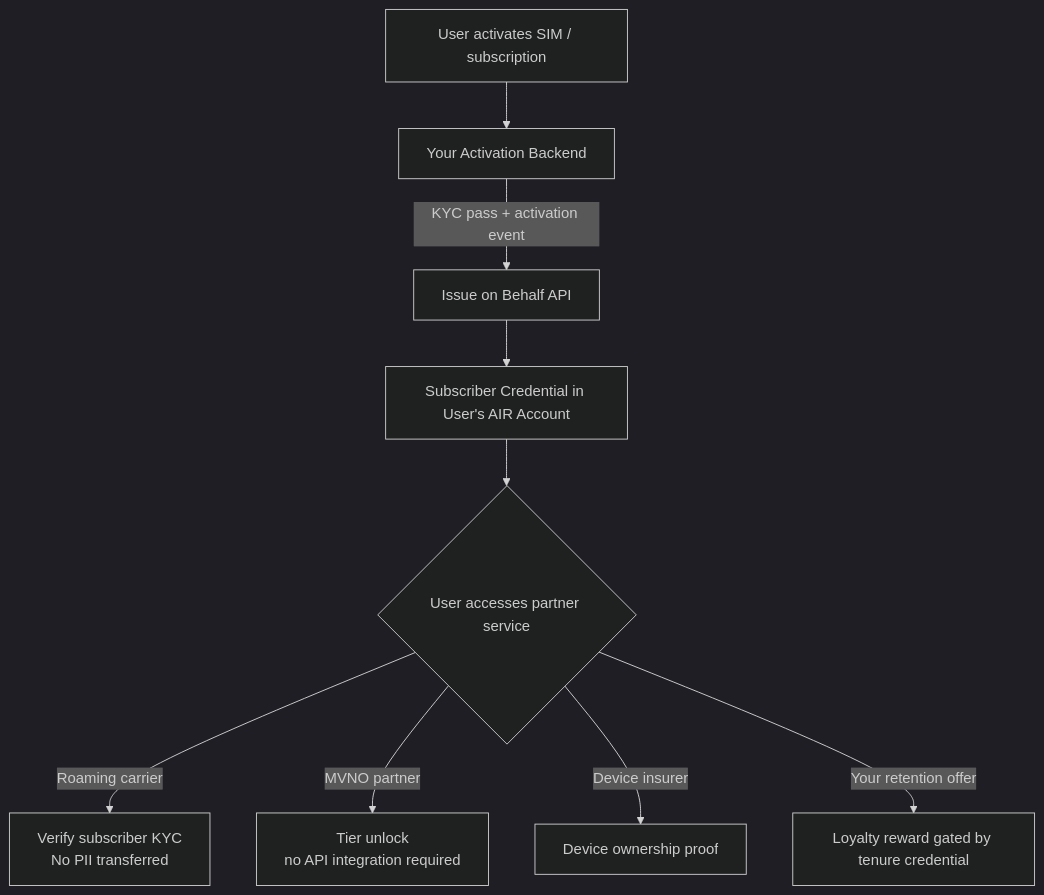
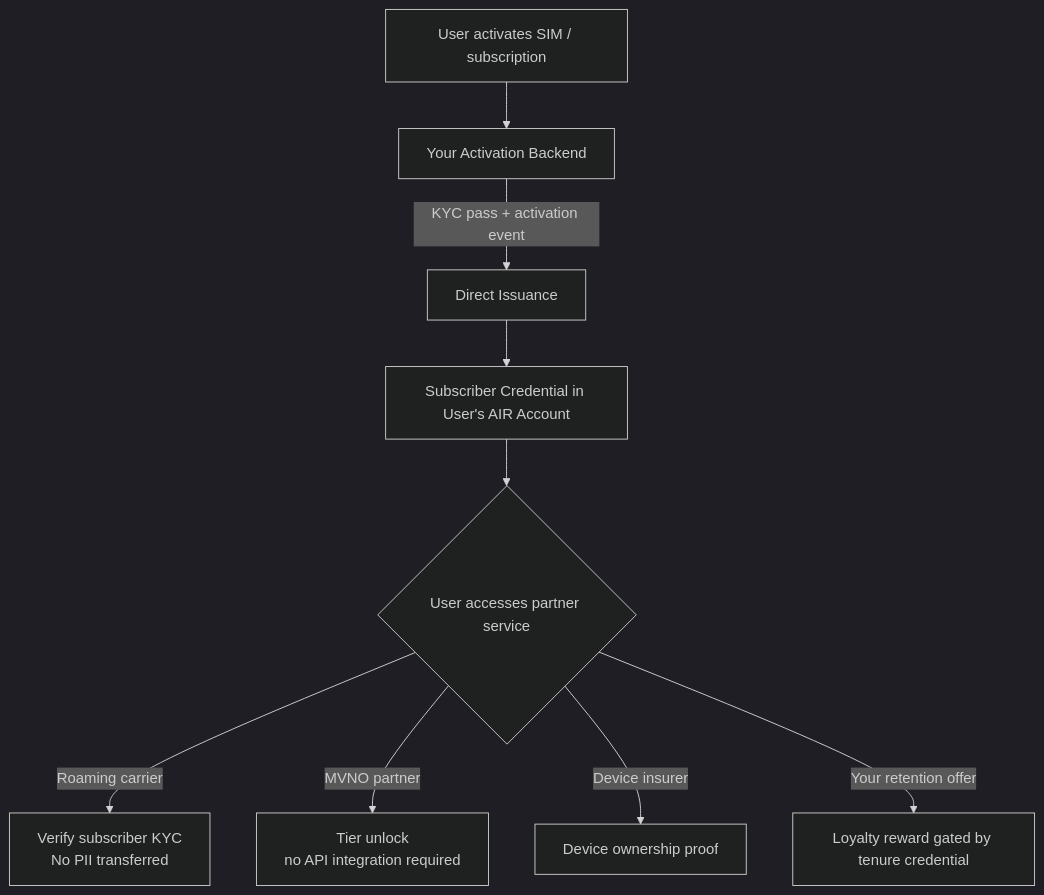
Before and after one commit to MocaNetwork/docs: the diagram in airkit/guides/air-for-telco.mdx, drawn with Mermaid (dark theme). The commit also changed other lines of this file and 41 other files, not shown here.

First line of the commit message:
Upgrade docs for signature-based, issuer-sovereign architecture (#22)

````diff
--- a/airkit/guides/air-for-telco.mdx
+++ b/airkit/guides/air-for-telco.mdx
@@ -20,12 +20,12 @@
 ```mermaid
 graph TD
     A["User activates SIM / subscription"] --> B[Your Activation Backend]
-    B -->|KYC pass + activation event| C[Issue on Behalf API]
+    B -->|KYC pass + activation event| C[Direct Issuance]
     C --> D[Subscriber Credential in User's AIR Account]
 
     D --> E{User accesses partner service}
     E -->|Roaming carrier| F["Verify subscriber KYC\nNo PII transferred"]
     E -->|MVNO partner| G["Tier unlock\nno API integration required"]
     E -->|Device insurer| H["Device ownership proof"]
     E -->|Your retention offer| I["Loyalty reward gated by tenure credential"]
 ```
````
